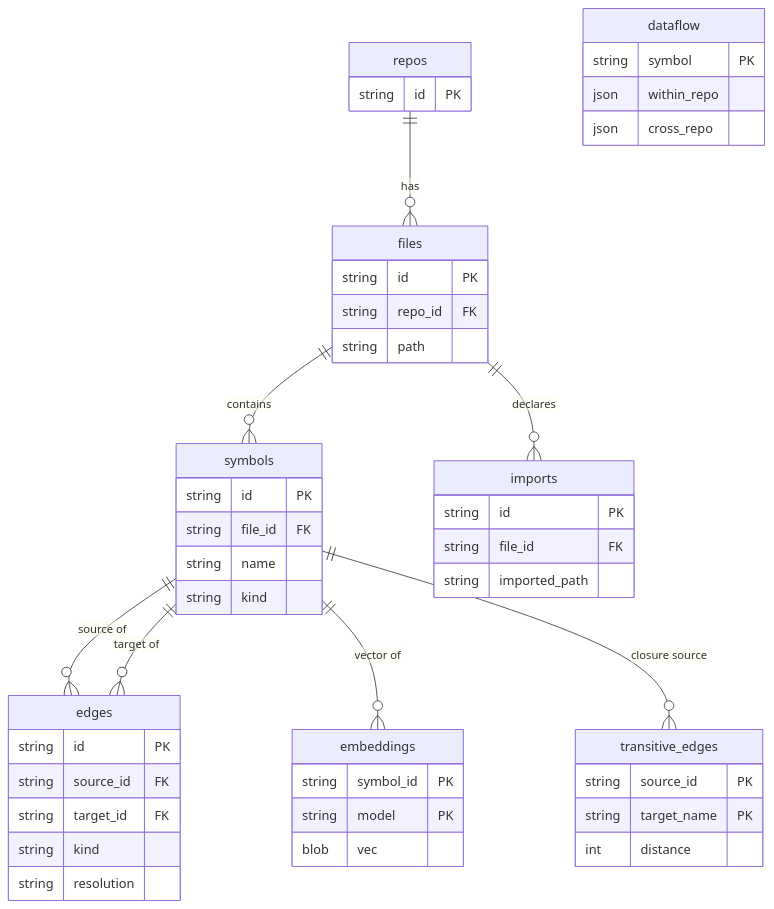
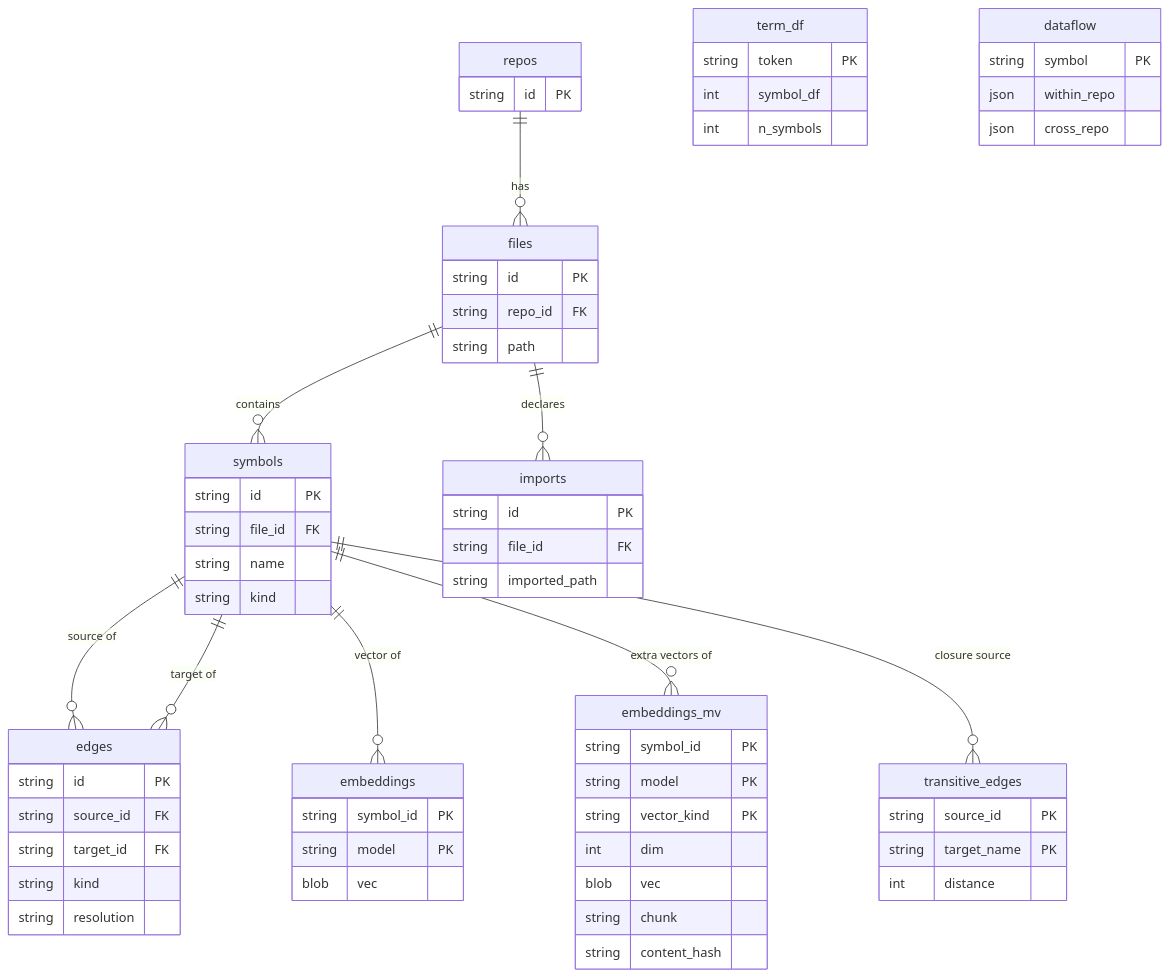
One commit to tanlnm512/cairn changed diagram 11 of 11 in docs/architecture-overview.md. Above: the diagram before and after it, drawn with Mermaid. The commit also changed other lines of this file and 6 other files, not shown here.

First line of the commit message:
docs(architecture): cover embeddings_mv/term_df/PRF surfaces, fix stale claims

````diff
--- a/docs/architecture-overview.md
+++ b/docs/architecture-overview.md
@@ -371,50 +371,65 @@
 ```mermaid
 erDiagram
     repos ||--o{ files : has
     files ||--o{ symbols : contains
     symbols ||--o{ edges : "source of"
     symbols ||--o{ edges : "target of"
     files ||--o{ imports : declares
     symbols ||--o{ embeddings : "vector of"
+    symbols ||--o{ embeddings_mv : "extra vectors of"
     symbols ||--o{ transitive_edges : "closure source"
 
     repos { string id PK }
     files {
       string id PK
       string repo_id FK
       string path
     }
     symbols {
       string id PK
       string file_id FK
       string name
       string kind
     }
     edges {
       string id PK
       string source_id FK
       string target_id FK
       string kind
       string resolution
     }
     imports {
       string id PK
       string file_id FK
       string imported_path
     }
     embeddings {
       string symbol_id PK
       string model PK
       blob vec
     }
+    embeddings_mv {
+      string symbol_id PK
+      string model PK
+      string vector_kind PK
+      int dim
+      blob vec
+      string chunk
+      string content_hash
+    }
+    term_df {
+      string token PK
+      int symbol_df
+      int n_symbols
+    }
     dataflow {
       string symbol PK
       json within_repo
       json cross_repo
     }
     transitive_edges {
       string source_id PK
       string target_name PK
       int distance
     }
 ```
````
